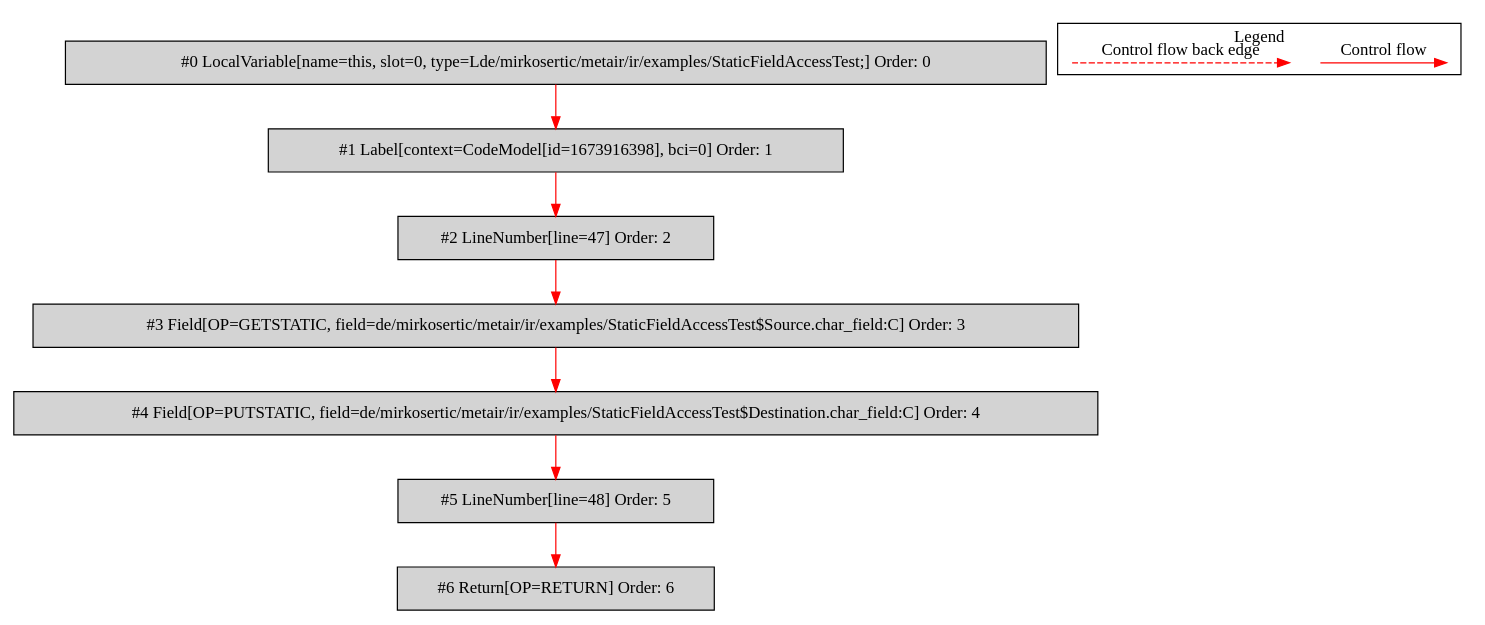
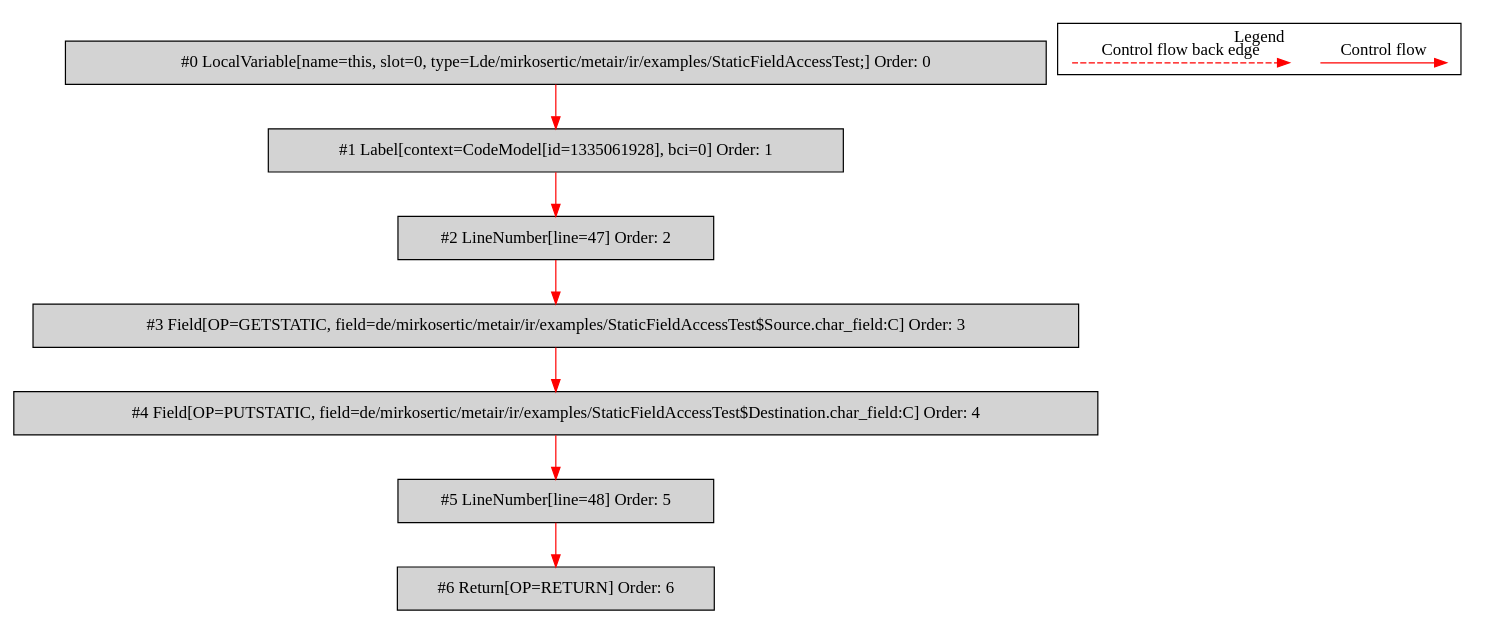
One commit to mirkosertic/MetaIR changed the diagram in de.mirkosertic.metair.ir.examples.StaticFieldAccessTest/copy_char/bytecodecfg.dot. Above: the diagram before and after it, drawn with Graphviz. The commit also changed 77 other files, not shown here.

```diff
--- a/de.mirkosertic.metair.ir.examples.StaticFieldAccessTest/copy_char/bytecodecfg.dot
+++ b/de.mirkosertic.metair.ir.examples.StaticFieldAccessTest/copy_char/bytecodecfg.dot
@@ -1,29 +1,29 @@
 digraph {
  node0[label="#0 LocalVariable[name=this, slot=0, type=Lde/mirkosertic/metair/ir/examples/StaticFieldAccessTest;] Order: 0", shape=box, fillcolor=lightgrey, style=filled];
- node1[label="#1 Label[context=CodeModel[id=1673916398], bci=0] Order: 1", shape=box, fillcolor=lightgrey, style=filled];
+ node1[label="#1 Label[context=CodeModel[id=1335061928], bci=0] Order: 1", shape=box, fillcolor=lightgrey, style=filled];
  node2[label="#2 LineNumber[line=47] Order: 2", shape=box, fillcolor=lightgrey, style=filled];
  node3[label="#3 Field[OP=GETSTATIC, field=de/mirkosertic/metair/ir/examples/StaticFieldAccessTest$Source.char_field:C] Order: 3", shape=box, fillcolor=lightgrey, style=filled];
  node4[label="#4 Field[OP=PUTSTATIC, field=de/mirkosertic/metair/ir/examples/StaticFieldAccessTest$Destination.char_field:C] Order: 4", shape=box, fillcolor=lightgrey, style=filled];
  node5[label="#5 LineNumber[line=48] Order: 5", shape=box, fillcolor=lightgrey, style=filled];
  node6[label="#6 Return[OP=RETURN] Order: 6", shape=box, fillcolor=lightgrey, style=filled];
  node0 -> node1[color=red];
  node1 -> node2[color=red];
  node2 -> node3[color=red];
  node3 -> node4[color=red];
  node4 -> node5[color=red];
  node5 -> node6[color=red];
  subgraph cluster_000 {
   label = "Legend";
   node [shape=point]
   {
    rank=same;
    c0 [style = invis];
    c1 [style = invis];
    c2 [style = invis];
    c3 [style = invis];
   }
   c0 -> c1 [label="Control flow", style=solid, color=red]
   c2 -> c3 [label="Control flow back edge", style=dashed, color=red]
  }
 
 }
```
